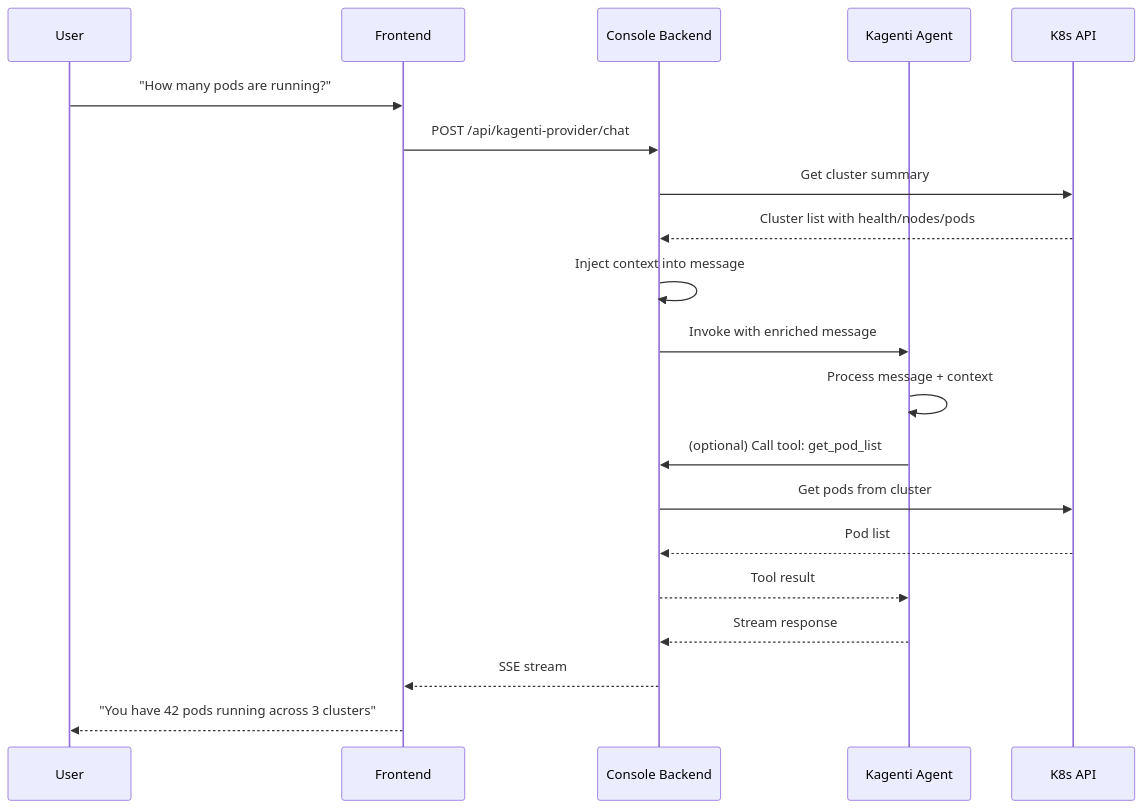
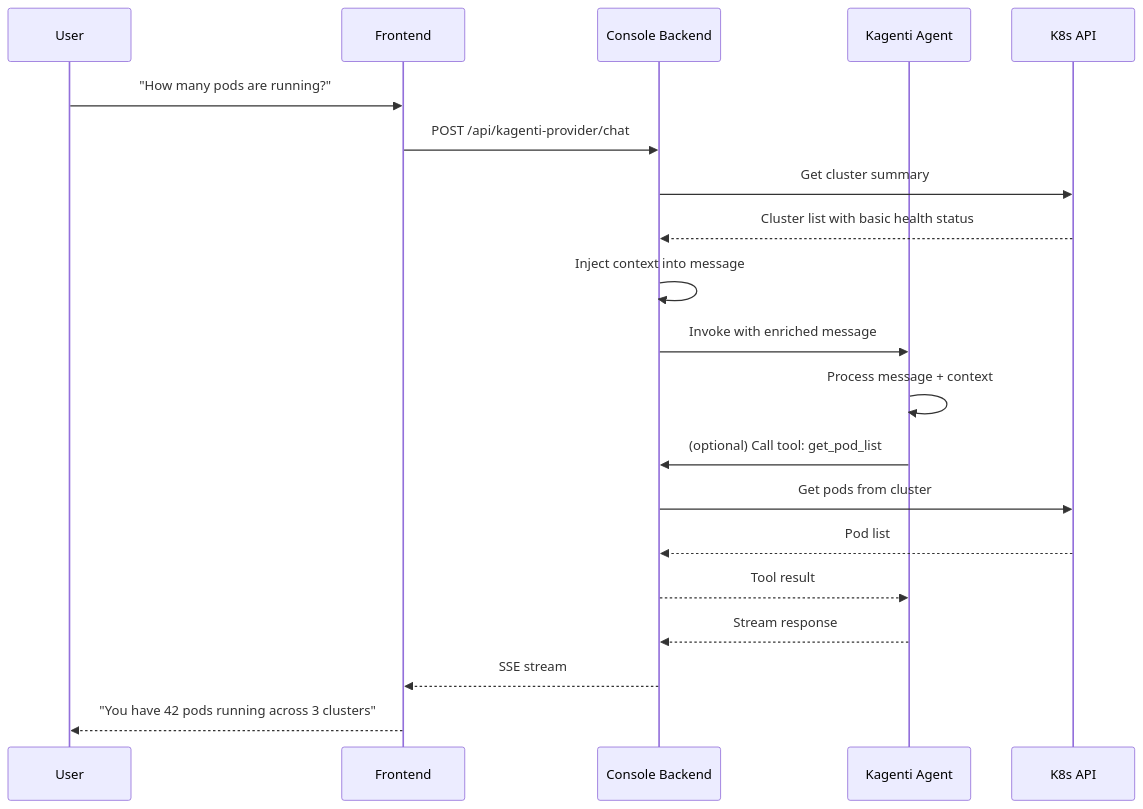
The diagram in docs/kagenti-tools.md (kubestellar/console), drawn with Mermaid before and after one commit. The commit also changed other lines of this file and 2 other files, not shown here.

First line of the commit message:
🔒 Limit cluster inventory exposure in kagenti provider chat

````diff
--- a/docs/kagenti-tools.md
+++ b/docs/kagenti-tools.md
@@ -15,23 +15,23 @@
 ```mermaid
 sequenceDiagram
     participant User
     participant Frontend
     participant Console Backend
     participant Kagenti Agent
     participant K8s API
 
     User->>Frontend: "How many pods are running?"
     Frontend->>Console Backend: POST /api/kagenti-provider/chat
     Console Backend->>K8s API: Get cluster summary
-    K8s API-->>Console Backend: Cluster list with health/nodes/pods
+    K8s API-->>Console Backend: Cluster list with basic health status
     Console Backend->>Console Backend: Inject context into message
     Console Backend->>Kagenti Agent: Invoke with enriched message
     Kagenti Agent->>Kagenti Agent: Process message + context
     Kagenti Agent->>Console Backend: (optional) Call tool: get_pod_list
     Console Backend->>K8s API: Get pods from cluster
     K8s API-->>Console Backend: Pod list
     Console Backend-->>Kagenti Agent: Tool result
     Kagenti Agent-->>Console Backend: Stream response
     Console Backend-->>Frontend: SSE stream
     Frontend-->>User: "You have 42 pods running across 3 clusters"
 ```
````
